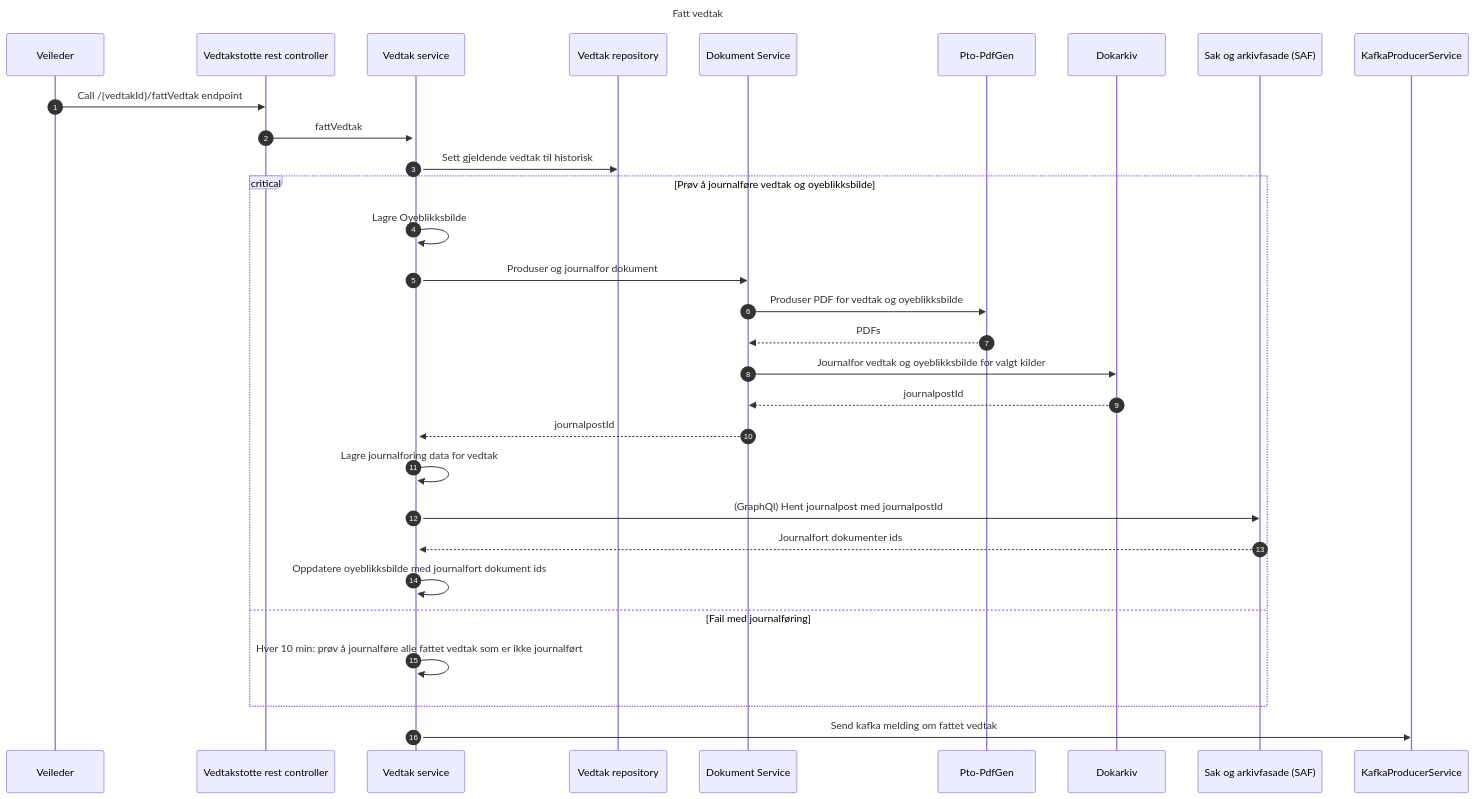
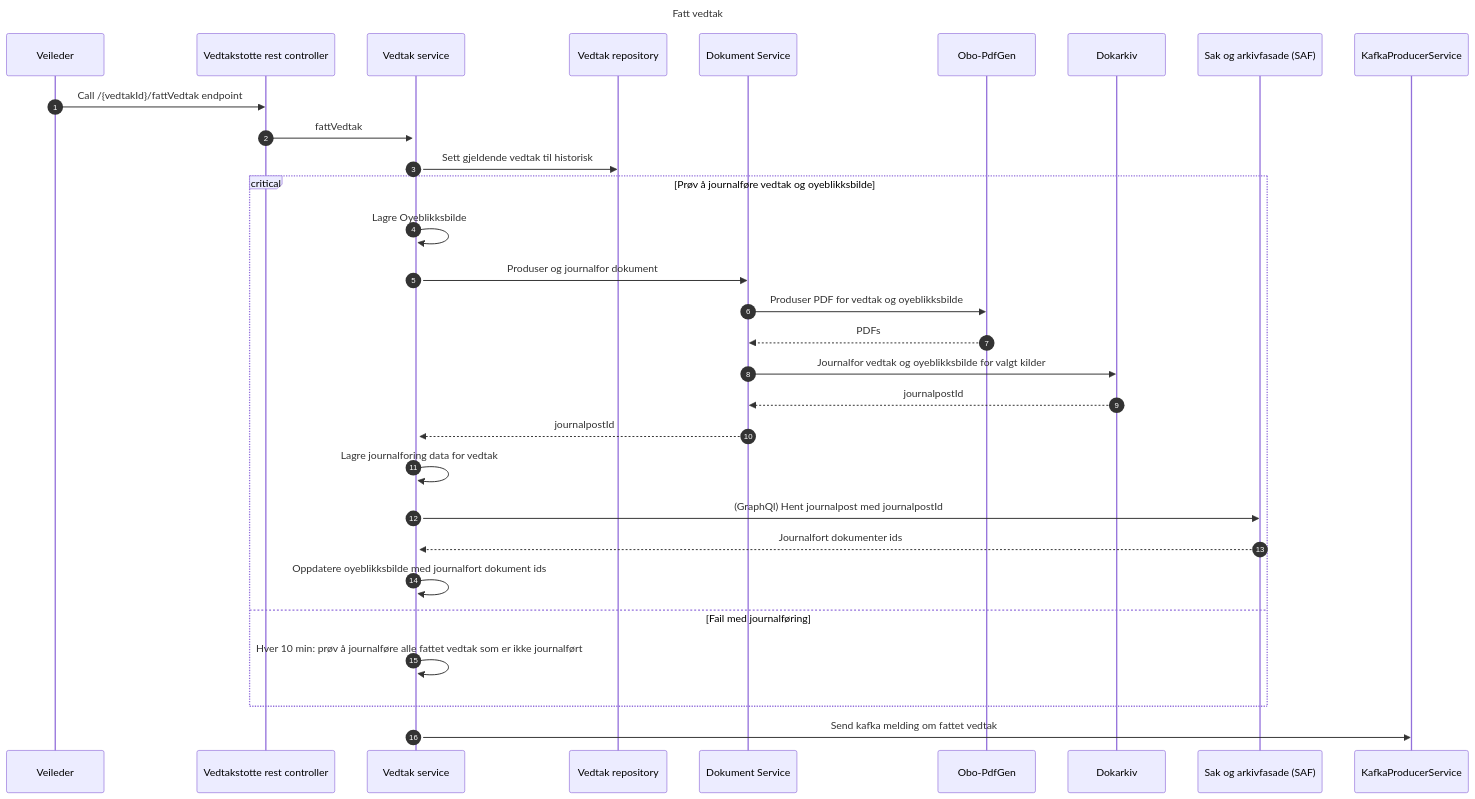
The first of 2 diagrams in Journalforing.md (navikt/veilarbvedtaksstotte), drawn with Mermaid before and after one commit. The commit also changed 5 other files, not shown here.

````diff
--- a/Journalforing.md
+++ b/Journalforing.md
@@ -9,27 +9,27 @@
 ```mermaid
 sequenceDiagram
 autonumber
 title Fatt vedtak
 
 Veileder->>Vedtakstotte rest controller: Call /{vedtakId}/fattVedtak endpoint
 Vedtakstotte rest controller->>+Vedtak service: fattVedtak
 
 Vedtak service ->> Vedtak repository: Sett gjeldende vedtak til historisk
 critical Prøv å journalføre vedtak og oyeblikksbilde
 Vedtak service ->>Vedtak service: Lagre Oyeblikksbilde
 Vedtak service ->> Dokument Service: Produser og journalfor dokument
-Dokument Service ->> Pto-PdfGen: Produser PDF for vedtak og oyeblikksbilde
-Pto-PdfGen -->> Dokument Service: PDFs
+Dokument Service ->> Obo-PdfGen: Produser PDF for vedtak og oyeblikksbilde
+Obo-PdfGen -->> Dokument Service: PDFs
 Dokument Service ->>Dokarkiv: Journalfor vedtak og oyeblikksbilde for valgt kilder
 Dokarkiv -->>Dokument Service: journalpostId
 Dokument Service -->>Vedtak service: journalpostId
 Vedtak service ->> Vedtak service: Lagre journalforing data for vedtak
 Vedtak service ->> Sak og arkivfasade (SAF): (GraphQl) Hent journalpost med journalpostId
 Sak og arkivfasade (SAF) -->>Vedtak service: Journalfort dokumenter ids
 Vedtak service->>Vedtak service: Oppdatere  oyeblikksbilde med journalfort dokument ids
 option Fail med journalføring
 Vedtak service->>Vedtak service: Hver 10 min: prøv å journalføre alle fattet vedtak som er ikke journalført
 end
 Vedtak service ->> KafkaProducerService: Send kafka melding om fattet vedtak
 
 ```
````
